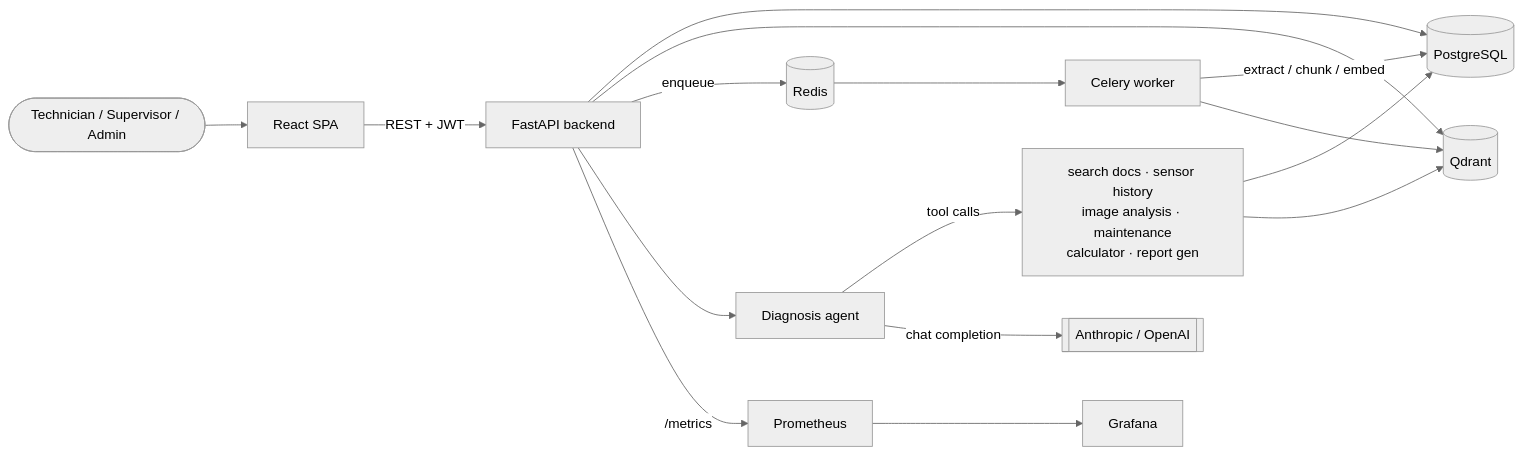
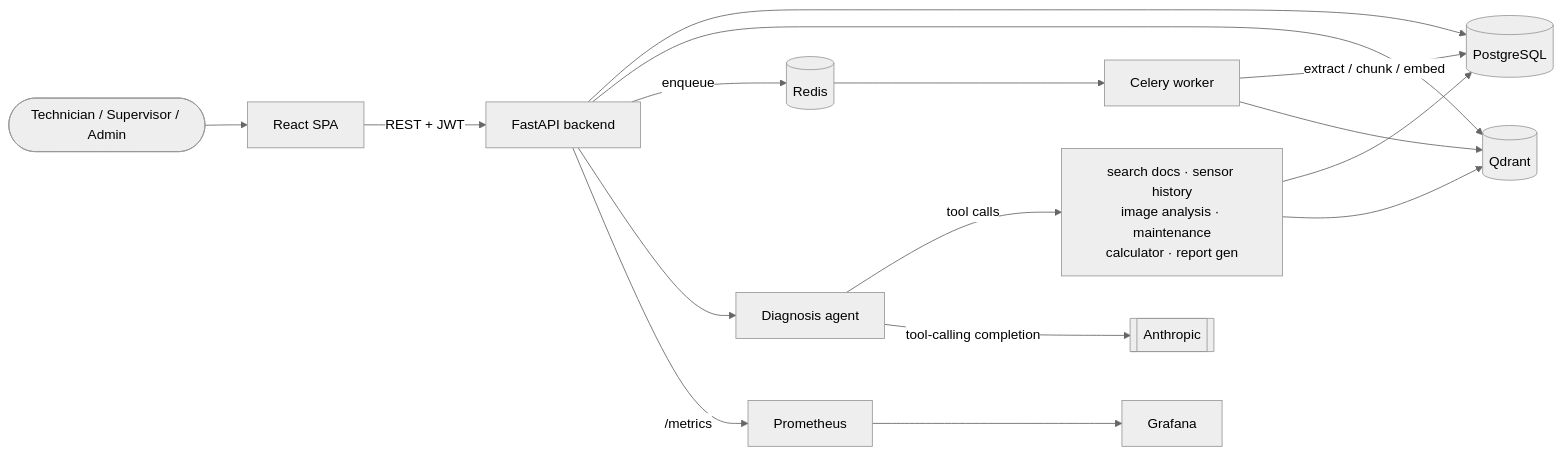
Before and after one commit to nithya-prakash/IndustrialAICopilot: the diagram in README.md, drawn with Mermaid (neutral theme). The commit also changed other lines of this file and 39 other files, not shown here.

````diff
--- a/README.md
+++ b/README.md
@@ -67,21 +67,21 @@
 ```mermaid
 flowchart LR
     User(["Technician / Supervisor / Admin"]) --> FE["React SPA"]
     FE -- "REST + JWT" --> API["FastAPI backend"]
 
     API --> PG[("PostgreSQL")]
     API --> QD[("Qdrant")]
     API -- enqueue --> RD[("Redis")]
     RD --> WK["Celery worker"]
     WK -- "extract / chunk / embed" --> PG
     WK --> QD
 
     API --> AG["Diagnosis agent"]
     AG -- "tool calls" --> TL["search docs · sensor history<br/>image analysis · maintenance<br/>calculator · report gen"]
     TL --> PG
     TL --> QD
-    AG -- "chat completion" --> LLM[["Anthropic / OpenAI"]]
+    AG -- "tool-calling completion" --> LLM[["Anthropic"]]
 
     API -- "/metrics" --> PR["Prometheus"]
     PR --> GF["Grafana"]
 ```
````
